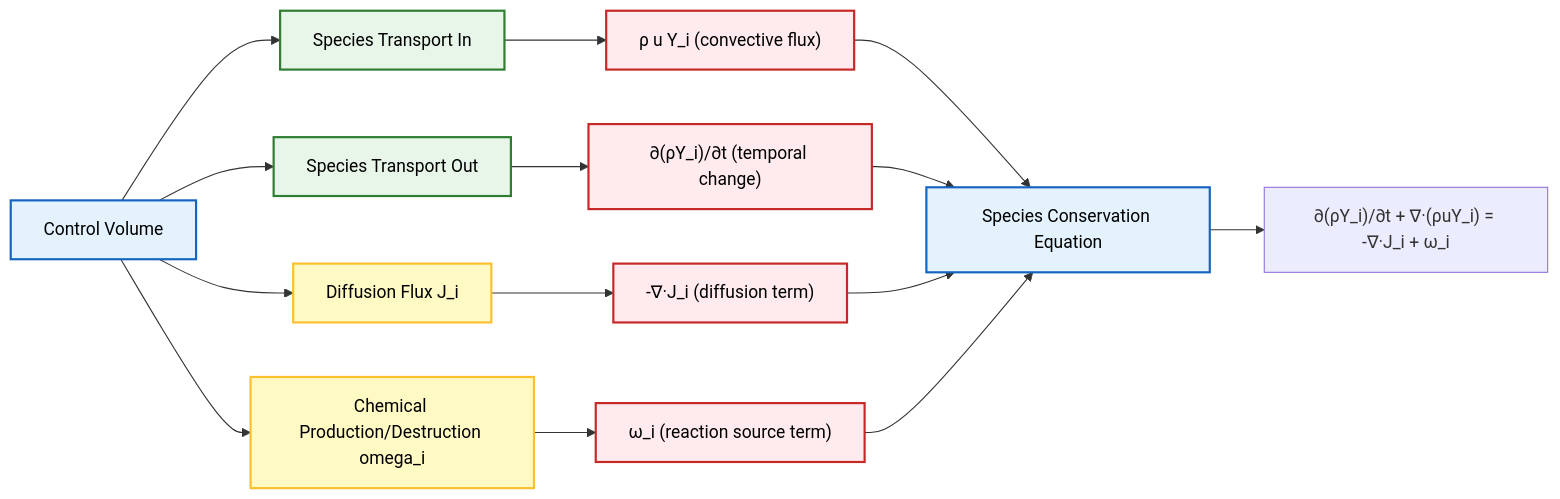
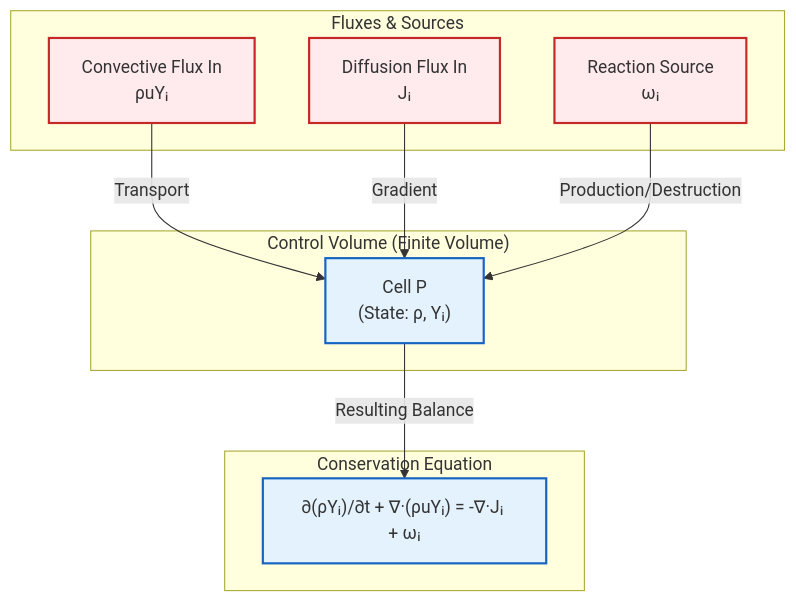
The sixth of 8 diagrams in MODULE_01_CFD_FUNDAMENTALS/CONTENT/02_FINITE_VOLUME_METHOD/02_Fundamental_Concepts.md (wramet/build-my-cfd), drawn with Mermaid before and after one commit. The commit also changed other lines of this file and 313 other files, not shown here.

Commit message:
Revise all diagram

````diff
--- a/MODULE_01_CFD_FUNDAMENTALS/CONTENT/02_FINITE_VOLUME_METHOD/02_Fundamental_Concepts.md
+++ b/MODULE_01_CFD_FUNDAMENTALS/CONTENT/02_FINITE_VOLUME_METHOD/02_Fundamental_Concepts.md
@@ -278,31 +262,26 @@
 ```mermaid
-graph LR
-    A[Control Volume] --> B[Species Transport In]
-    A --> C[Species Transport Out]
-    A --> D[Diffusion Flux J_i]
-    A --> E[Chemical Production/Destruction omega_i]
+graph TD
+classDef implicit fill:#e3f2fd,stroke:#1565c0,stroke-width:2px;
+classDef explicit fill:#ffebee,stroke:#c62828,stroke-width:2px;
+classDef context fill:#f5f5f5,stroke:#9e9e9e,stroke-width:1px,color:#666;
 
-    B --> F["ρ u Y_i (convective flux)"]
-    C --> G["∂(ρY_i)/∂t (temporal change)"]
-    D --> H["-∇·J_i (diffusion term)"]
-    E --> I["ω_i (reaction source term)"]
+subgraph Control_Volume["Control Volume (Finite Volume)"]
+    CV_Node["Cell P<br/>(State: ρ, Yᵢ)"]:::implicit
+end
 
-    F --> J["Species Conservation Equation"]
-    G --> J
-    H --> J
-    I --> J
+subgraph Fluxes["Fluxes & Sources"]
+    Conv_In["Convective Flux In<br/>ρuYᵢ"]:::explicit
+    Diff_In["Diffusion Flux In<br/>Jᵢ"]:::explicit
+    Source["Reaction Source<br/>ωᵢ"]:::explicit
+end
 
-    J --> K["∂(ρY_i)/∂t + ∇·(ρuY_i) = -∇·J_i + ω_i"]
+subgraph Conservation["Conservation Equation"]
+    Eq["∂(ρYᵢ)/∂t + ∇·(ρuYᵢ) = -∇·Jᵢ + ωᵢ"]:::implicit
+end
 
-    %% Styling Definitions
-    classDef process fill:#e3f2fd,stroke:#1565c0,stroke-width:2px,color:#000;
-    classDef decision fill:#fff9c4,stroke:#fbc02d,stroke-width:2px,color:#000;
-    classDef terminator fill:#ffebee,stroke:#c62828,stroke-width:2px,color:#000;
-    classDef storage fill:#e8f5e9,stroke:#2e7d32,stroke-width:2px,color:#000;
-    classDef arrow fill:none,stroke:#333,stroke-width:2px,color:#000;
+Conv_In -->|Transport| CV_Node
+Diff_In -->|Gradient| CV_Node
+Source -->|Production/Destruction| CV_Node
 
-    class A,J process;
-    class B,C storage;
-    class D,E decision;
-    class F,G,H,I terminator;
+CV_Node -->|Resulting Balance| Eq
 ```
````
